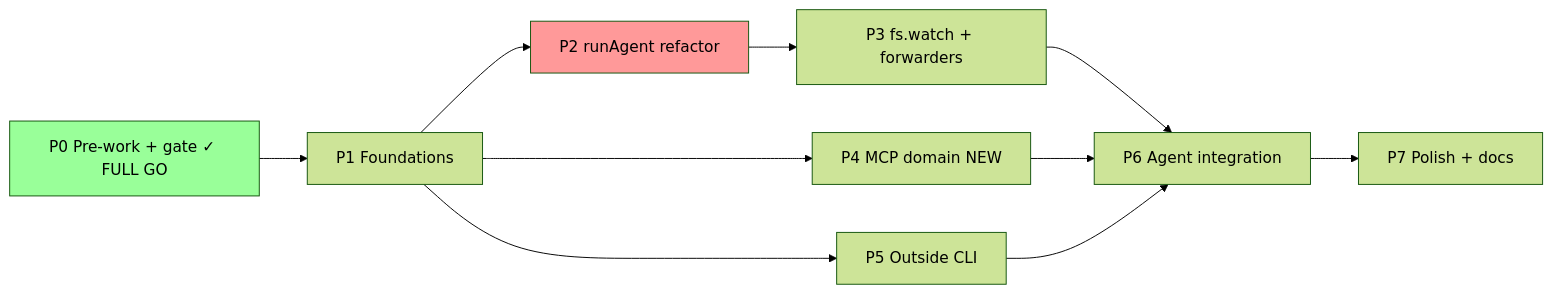
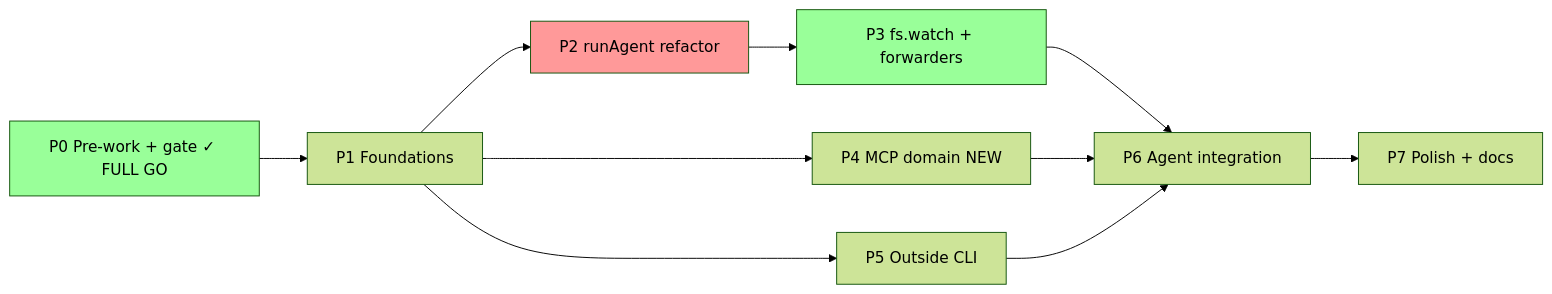
Before and after one commit to AI-Substrate/minih: the first of 2 diagrams in docs/plans/007-backgrounding/coordination.fltplan.md, drawn with Mermaid (forest theme). The commit also changed other lines of this file and 20 other files, not shown here.

````diff
--- a/docs/plans/007-backgrounding/coordination.fltplan.md
+++ b/docs/plans/007-backgrounding/coordination.fltplan.md
@@ -75,25 +75,25 @@
 ```mermaid
 graph LR
     P0[P0 Pre-work + gate ✓ FULL GO]:::done
     P1[P1 Foundations]
     P2[P2 runAgent refactor]:::critical
-    P3[P3 fs.watch + forwarders]
+    P3[P3 fs.watch + forwarders]:::done
     P4[P4 MCP domain NEW]
     P5[P5 Outside CLI]
     P6[P6 Agent integration]
     P7[P7 Polish + docs]
 
     P0 --> P1
     P1 --> P2
     P2 --> P3
     P1 --> P4
     P1 --> P5
     P3 --> P6
     P4 --> P6
     P5 --> P6
     P6 --> P7
 
     classDef gate fill:#ff9,color:#000
     classDef critical fill:#f99,color:#000
     classDef done fill:#9f9,color:#000
 ```
````
